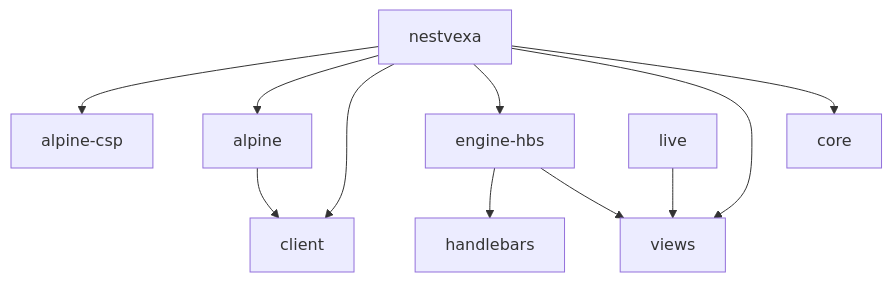
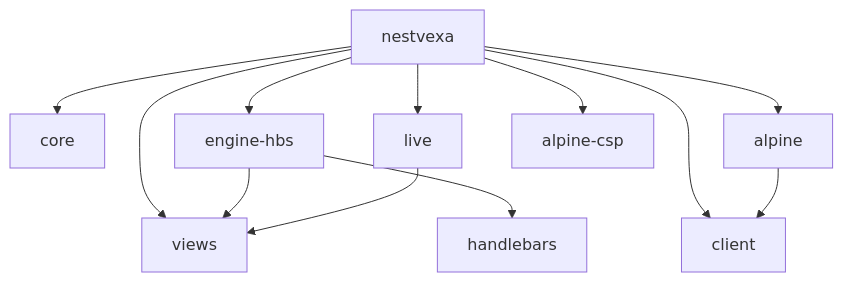
One commit to Nestvexa/nestvexa changed the diagram in docs/architecture/package-dependency-graph.md. Above: the diagram before and after it, drawn with Mermaid. The commit also changed other lines of this file and 46 other files, not shown here.

Commit message:
feat(nestvexa): compose default Live and Alpine startup

````diff
--- a/docs/architecture/package-dependency-graph.md
+++ b/docs/architecture/package-dependency-graph.md
@@ -3,13 +3,14 @@
 ```mermaid
 flowchart TD
   nestvexa --> core
   nestvexa --> views
   nestvexa --> engine-hbs
+  nestvexa --> live
   nestvexa --> client
   nestvexa --> alpine
   nestvexa --> alpine-csp
   engine-hbs --> views
   engine-hbs --> handlebars
   live --> views
   alpine --> client
 ```
````
